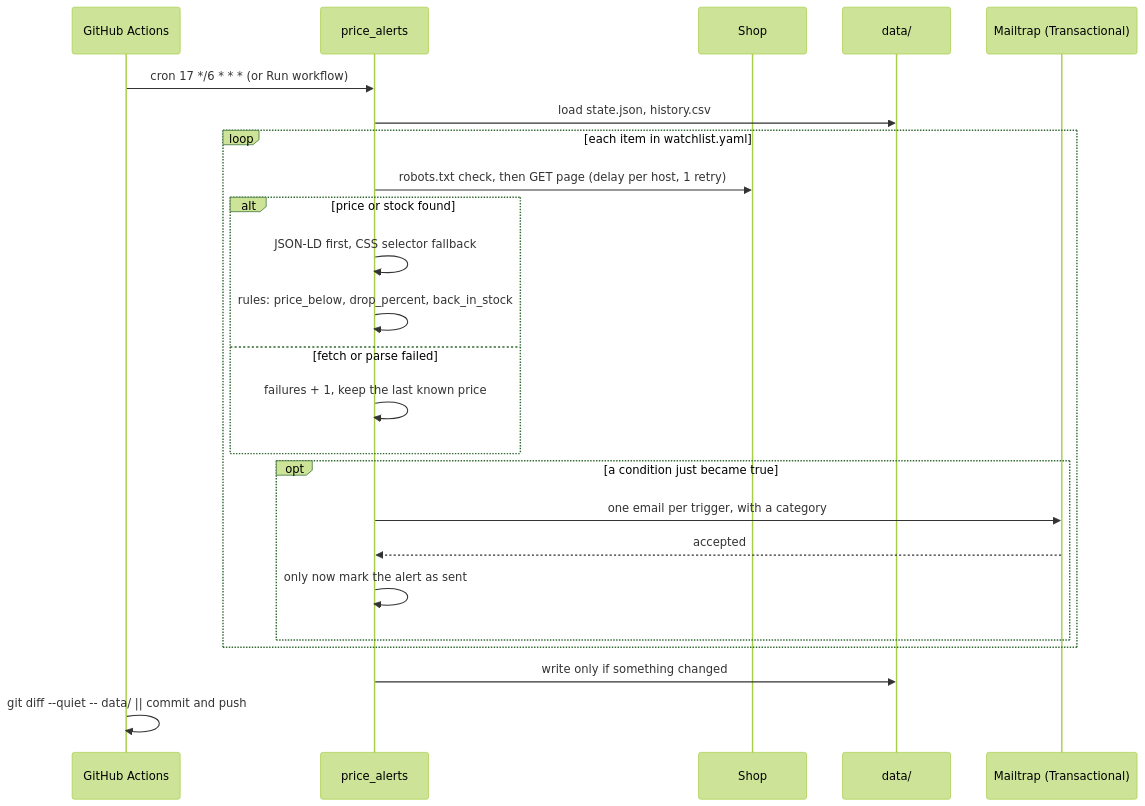
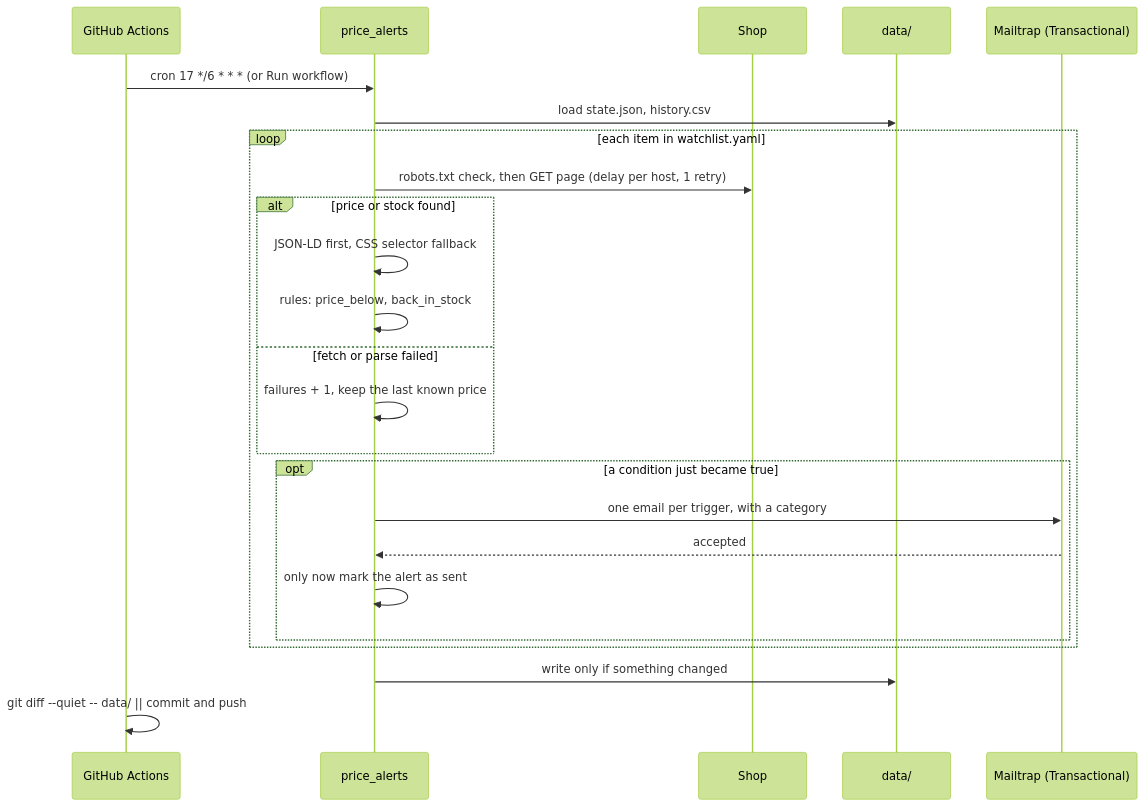
Before and after one commit to HarshRajSinghania/python-price-drop-alerts: the second of 2 diagrams in README.md, drawn with Mermaid (forest theme). The commit also changed other lines of this file and 17 other files, not shown here.

````diff
--- a/README.md
+++ b/README.md
@@ -69,27 +69,27 @@
 ```mermaid
 sequenceDiagram
     participant G as GitHub Actions
     participant R as price_alerts
     participant S as Shop
     participant D as data/
     participant M as Mailtrap (Transactional)
 
     G->>R: cron 17 */6 * * * (or Run workflow)
     R->>D: load state.json, history.csv
     loop each item in watchlist.yaml
         R->>S: robots.txt check, then GET page (delay per host, 1 retry)
         alt price or stock found
             R->>R: JSON-LD first, CSS selector fallback
-            R->>R: rules: price_below, drop_percent, back_in_stock
+            R->>R: rules: price_below, back_in_stock
         else fetch or parse failed
             R->>R: failures + 1, keep the last known price
         end
         opt a condition just became true
             R->>M: one email per trigger, with a category
             M-->>R: accepted
             R->>R: only now mark the alert as sent
         end
     end
     R->>D: write only if something changed
     G->>G: git diff --quiet -- data/ || commit and push
 ```
````
